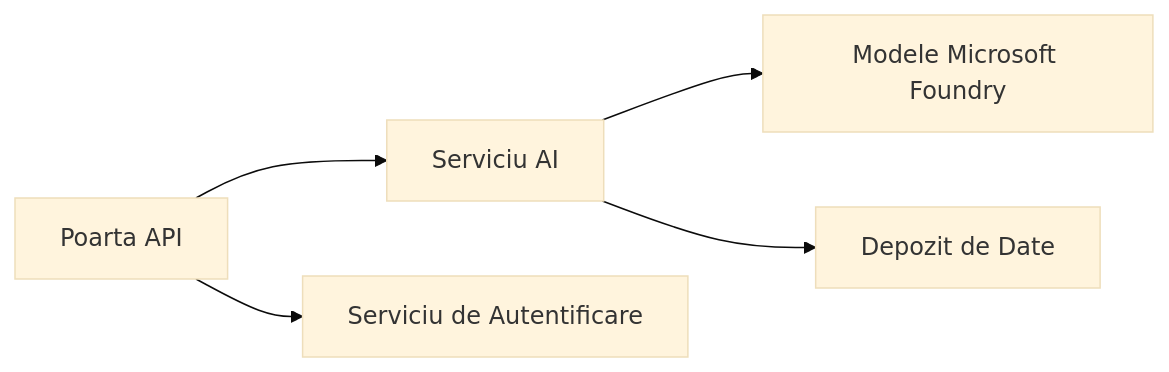
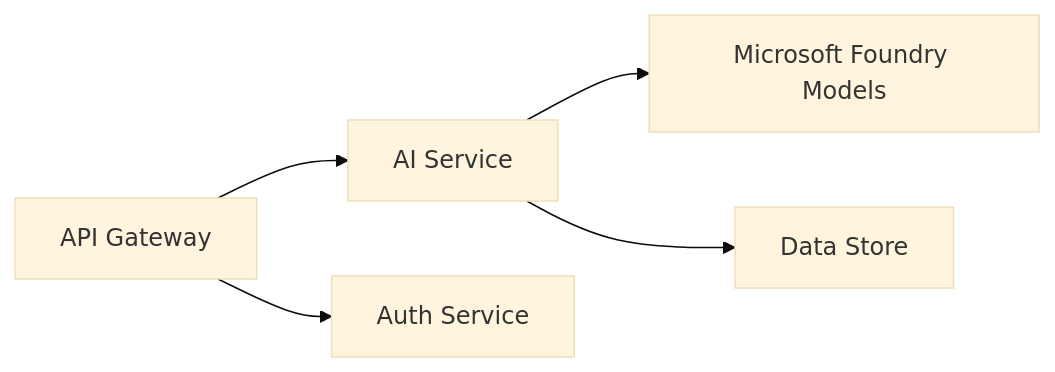
Before and after one commit to microsoft/AZD-for-beginners: the first of 2 diagrams in translations/ro/docs/chapter-08-production/README.md, drawn with Mermaid (base theme). The commit also changed other lines of this file and 164 other files, not shown here.

````diff
--- a/translations/ro/docs/chapter-08-production/README.md
+++ b/translations/ro/docs/chapter-08-production/README.md
@@ -48,6 +50,6 @@
 ```mermaid
 graph LR
-    Gateway[Poarta API] --> AI[Serviciu AI] --> Models[Modele Microsoft Foundry]
-    Gateway --> Auth[Serviciu de Autentificare]
-    AI --> Data[Depozit de Date]
+    Gateway[API Gateway] --> AI[AI Service] --> Models[Microsoft Foundry Models]
+    Gateway --> Auth[Auth Service]
+    AI --> Data[Data Store]
 ```
````
